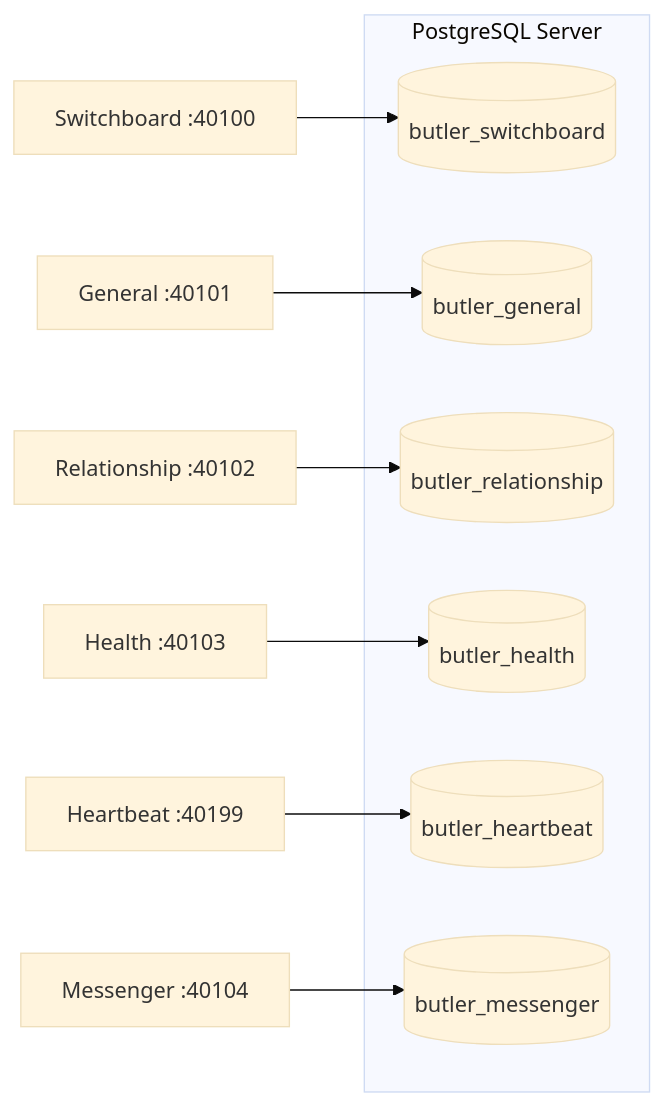
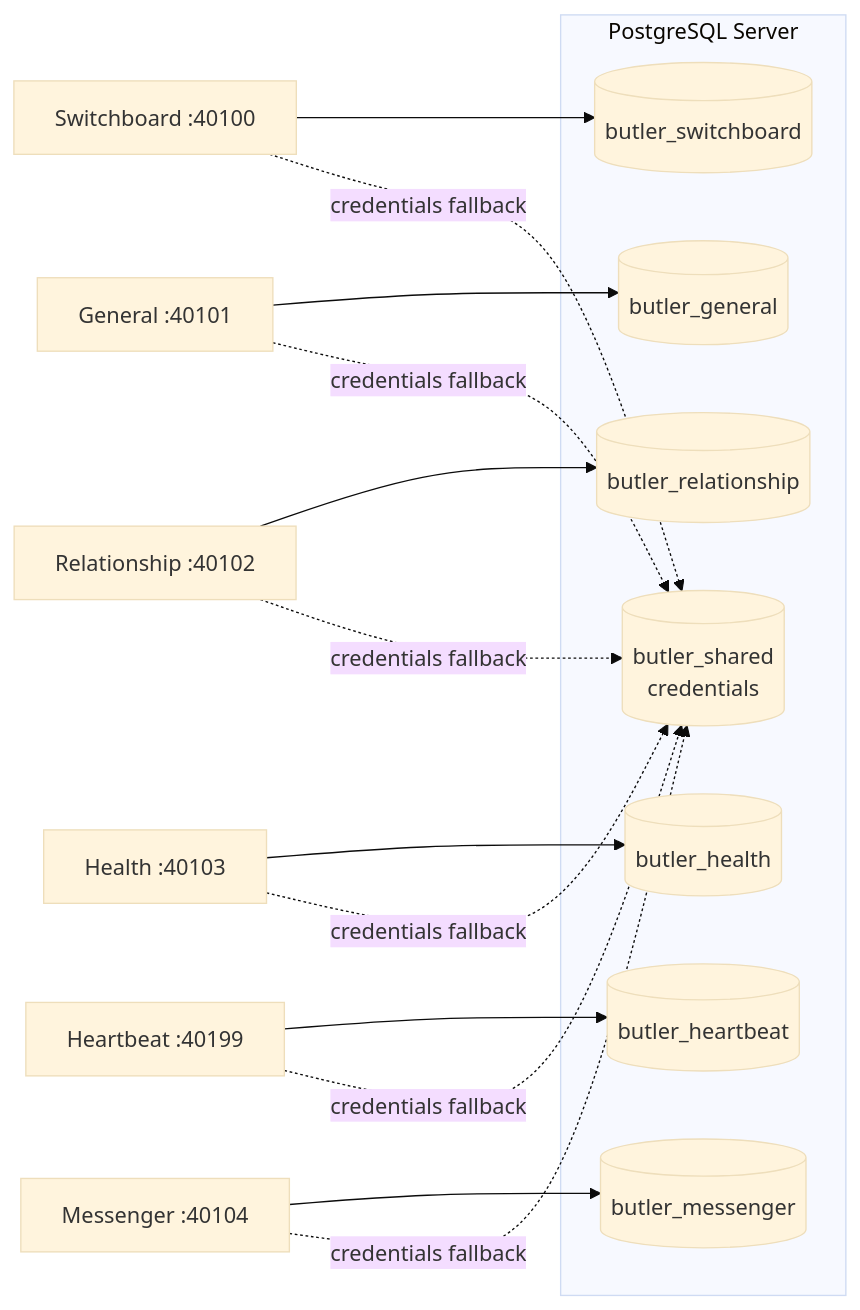
One commit to Tzeusy/butlers changed the fifth of 5 diagrams in docs/architecture/system-architecture.md. Above: the diagram before and after it, drawn with Mermaid (base theme). The commit also changed other lines of this file and 19 other files, not shown here.

````diff
--- a/docs/architecture/system-architecture.md
+++ b/docs/architecture/system-architecture.md
@@ -488,18 +491,25 @@
 ```mermaid
 graph LR
     subgraph PG["PostgreSQL Server"]
         DB_SW[("butler_switchboard")]
+        DB_SHARED[("butler_shared<br/>credentials")]
         DB_GEN[("butler_general")]
         DB_REL[("butler_relationship")]
         DB_HEALTH[("butler_health")]
         DB_HB[("butler_heartbeat")]
         DB_MSG[("butler_messenger")]
     end
 
     SW["Switchboard :40100"] --> DB_SW
     GEN["General :40101"] --> DB_GEN
     REL["Relationship :40102"] --> DB_REL
     HEALTH["Health :40103"] --> DB_HEALTH
     HB["Heartbeat :40199"] --> DB_HB
     MSG["Messenger :40104"] --> DB_MSG
+    SW -. credentials fallback .-> DB_SHARED
+    GEN -. credentials fallback .-> DB_SHARED
+    REL -. credentials fallback .-> DB_SHARED
+    HEALTH -. credentials fallback .-> DB_SHARED
+    HB -. credentials fallback .-> DB_SHARED
+    MSG -. credentials fallback .-> DB_SHARED
 ```
````
